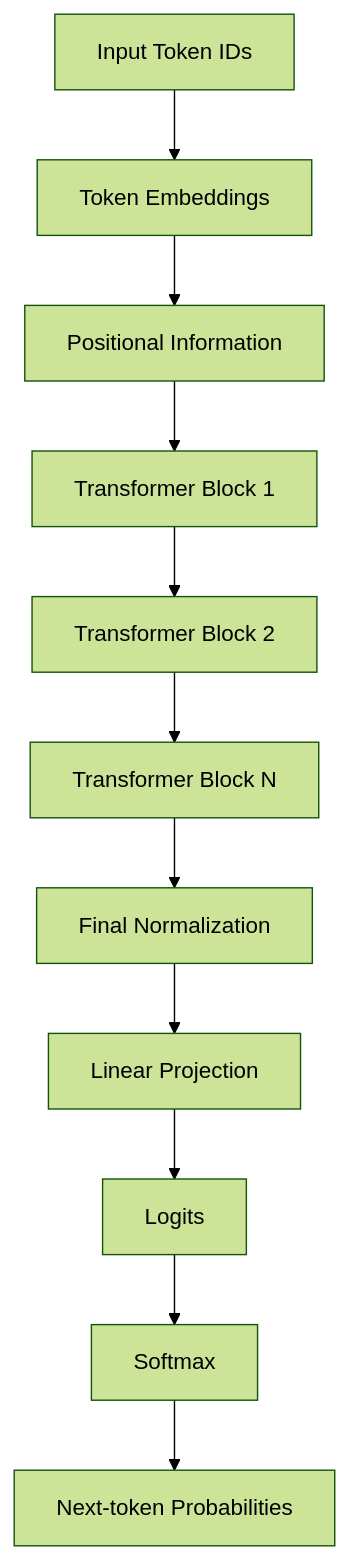
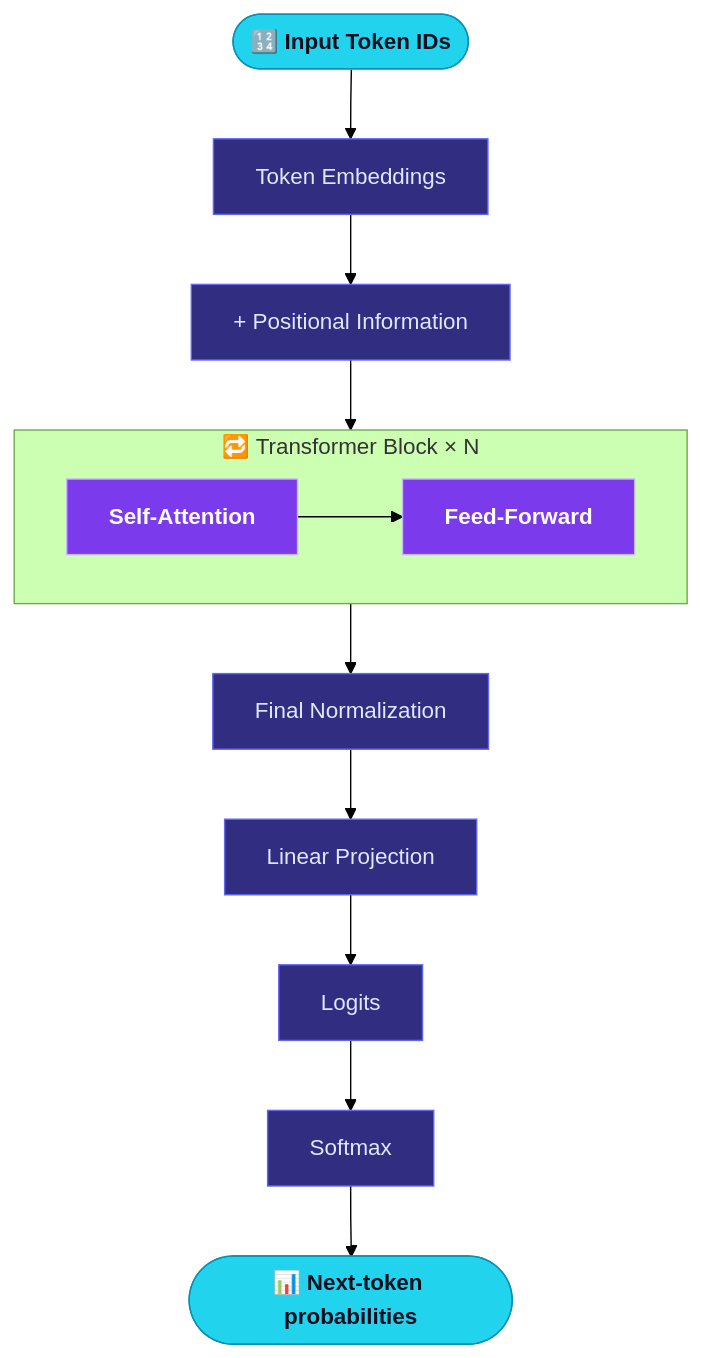
The third of 6 diagrams in intro-to-slms.md (Krishil-Parikh/all-about-slms), drawn with Mermaid (forest theme) before and after one commit. The commit also changed other lines of this file, not shown here.

````diff
--- a/intro-to-slms.md
+++ b/intro-to-slms.md
@@ -495,13 +564,24 @@
 ```mermaid
 flowchart TD
-    A["Input Token IDs"] --> B["Token Embeddings"]
-    B --> C["Positional Information"]
-    C --> D["Transformer Block 1"]
-    D --> E["Transformer Block 2"]
-    E --> F["Transformer Block N"]
-    F --> G["Final Normalization"]
+    A(["🔢 Input Token IDs"]) --> B["Token Embeddings"]
+    B --> C["+ Positional Information"]
+    C --> D
+
+    subgraph STACK ["🔁 Transformer Block × N"]
+        direction LR
+        D["Self-Attention"] --> E["Feed-Forward"]
+    end
+
+    E --> G["Final Normalization"]
     G --> H["Linear Projection"]
     H --> I["Logits"]
     I --> J["Softmax"]
-    J --> K["Next-token Probabilities"]
+    J --> K(["📊 Next-token probabilities"])
+
+    classDef io fill:#22d3ee,stroke:#0891b2,color:#0b1020,font-weight:bold
+    classDef core fill:#7c3aed,stroke:#c4b5fd,color:#ffffff,font-weight:bold
+    classDef step fill:#312e81,stroke:#6366f1,color:#e0e7ff
+    class A,K io
+    class D,E core
+    class B,C,G,H,I,J step
 ```
````
